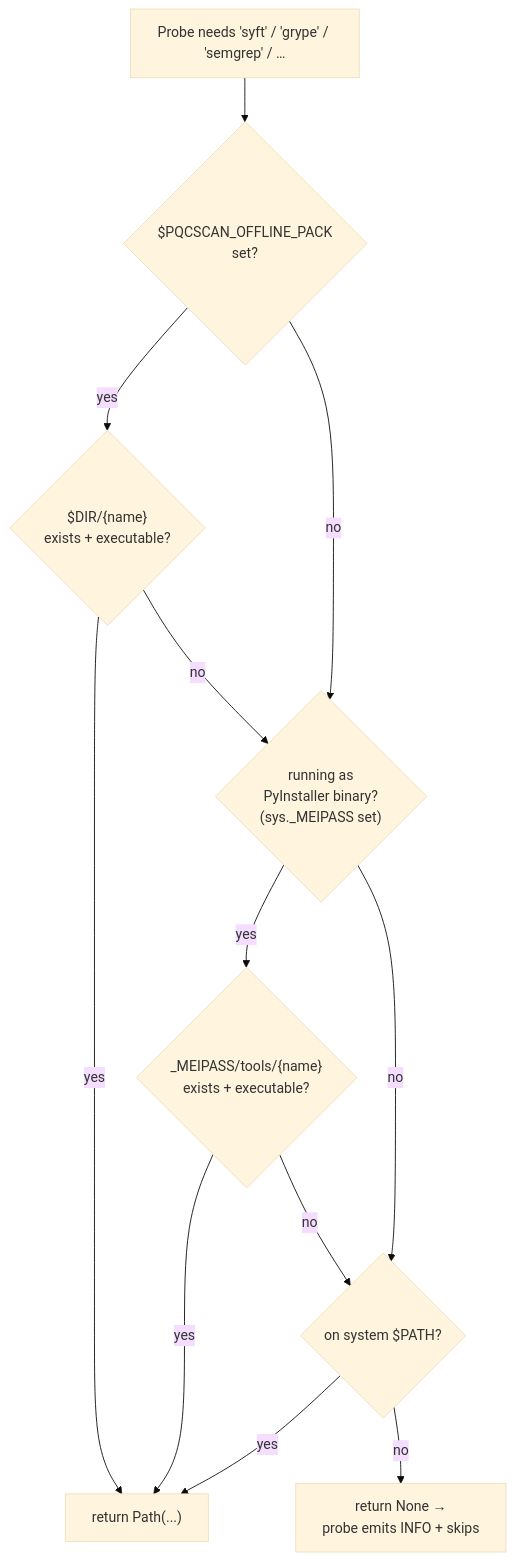
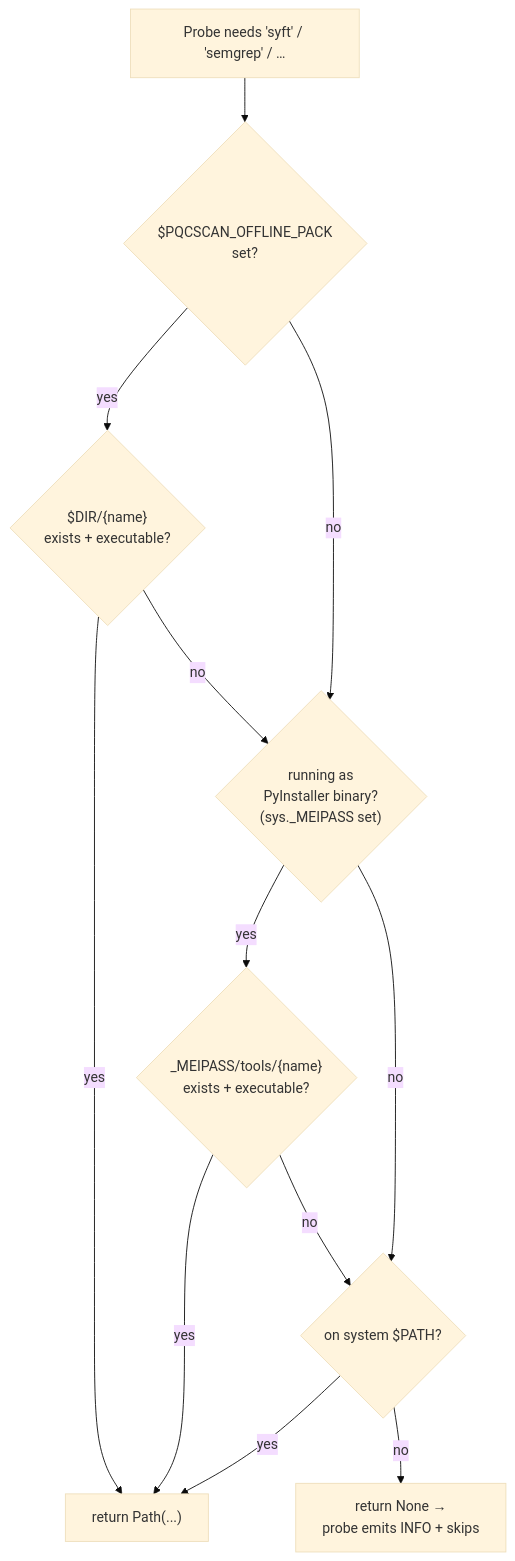
One commit to orengacademy/pqc-scanner2 changed the fifth of 6 diagrams in README.md. Above: the diagram before and after it, drawn with Mermaid (base theme). The commit also changed other lines of this file and 64 other files, not shown here.

````diff
--- a/README.md
+++ b/README.md
@@ -431,21 +435,21 @@
 ```mermaid
 flowchart TD
-    START["Probe needs 'syft' / 'grype' / 'semgrep' / …"]
+    START["Probe needs 'syft' / 'semgrep' / …"]
     ENV{"$PQCSCAN_OFFLINE_PACK<br/>set?"}
     MEI{"running as<br/>PyInstaller binary?<br/>(sys._MEIPASS set)"}
     PATH{"on system $PATH?"}
     HIT["return Path(...)"]
     SKIP["return None →<br/>probe emits INFO + skips"]
 
     START --> ENV
     ENV -- yes --> CHECK1{"$DIR/{name}<br/>exists + executable?"}
     CHECK1 -- yes --> HIT
     CHECK1 -- no --> MEI
     ENV -- no --> MEI
     MEI -- yes --> CHECK2{"_MEIPASS/tools/{name}<br/>exists + executable?"}
     CHECK2 -- yes --> HIT
     CHECK2 -- no --> PATH
     MEI -- no --> PATH
     PATH -- yes --> HIT
     PATH -- no --> SKIP
 ```
````
